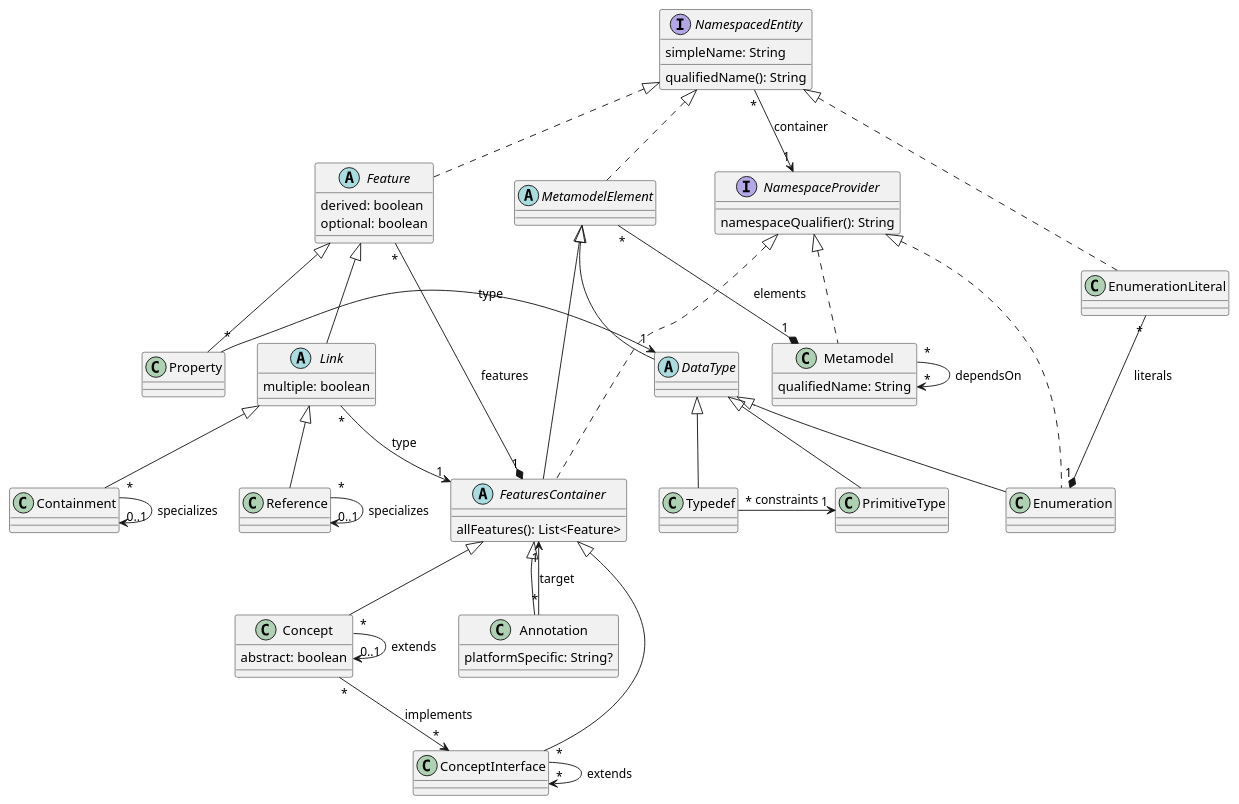
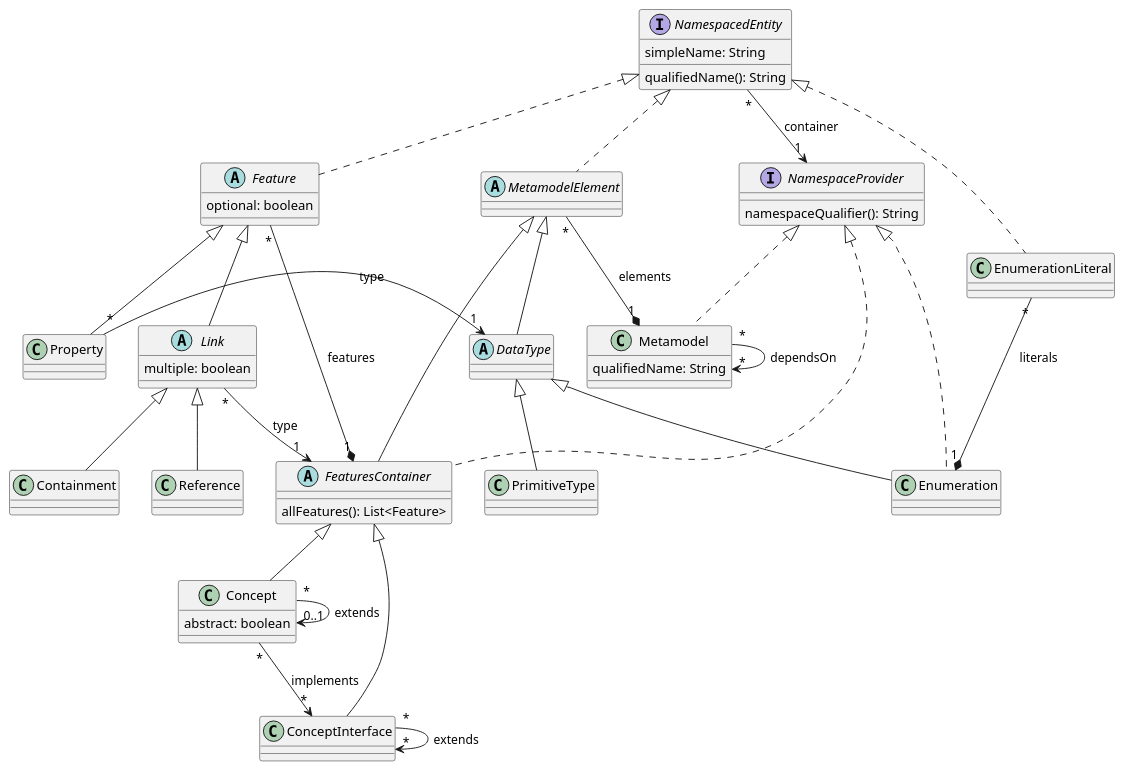
Before and after one commit to LionWeb-io/specification: the diagram in lioncore/metametamodel.puml, drawn with PlantUML.

Commit message:
commented all non-agreed elements in M3 diagram

```diff
--- a/lioncore/metametamodel.puml
+++ b/lioncore/metametamodel.puml
@@ -1,86 +1,86 @@
 @startuml
 
 
 interface NamespacedEntity {
   simpleName: String
   qualifiedName(): String
 }
 
 interface NamespaceProvider {
   namespaceQualifier(): String
 }
 
 class Metamodel implements NamespaceProvider {
   qualifiedName: String
 }
 
 abstract class MetamodelElement implements NamespacedEntity
 
 abstract class FeaturesContainer extends MetamodelElement implements NamespaceProvider {
   allFeatures(): List<Feature>
 }
 
-class Annotation extends FeaturesContainer {
-  platformSpecific: String?
-}
+'class Annotation extends FeaturesContainer {
+'  platformSpecific: String?
+'}
 
 class Concept extends FeaturesContainer {
   abstract: boolean
 }
 
 class ConceptInterface extends FeaturesContainer
 
 abstract class Feature implements NamespacedEntity {
-  derived: boolean
+'  derived: boolean
   optional: boolean
 }
 
 class Property extends Feature
 
-class Typedef extends DataType
+'class Typedef extends DataType
 
 abstract class DataType extends MetamodelElement
 
 class PrimitiveType extends DataType
 
 class Enumeration extends DataType implements NamespaceProvider
 
 class EnumerationLiteral implements NamespacedEntity
 
 abstract class Link extends Feature {
   multiple: boolean
 }
 
 class Containment extends Link
 
 class Reference extends Link
 
 ' relations:
 
-Annotation "*" --> "1" FeaturesContainer: target
+'Annotation "*" --> "1" FeaturesContainer: target
 
 Concept "*" -> "0..1" Concept: extends
 Concept "*" --> "*" ConceptInterface: implements
 
 ConceptInterface "*" --> "*" ConceptInterface: extends
 
-Containment "*" -> "0..1" Containment: specializes
+'Containment "*" -> "0..1" Containment: specializes
 
 Feature "*" -* "1" FeaturesContainer: features
 
 Link "*" --> "1" FeaturesContainer: type
 
 MetamodelElement "*" -* "1" Metamodel: elements
 Metamodel "*" --> "*" Metamodel: dependsOn
 
 NamespacedEntity "*" --> "1" NamespaceProvider: container
 
 Property "*" -> "1" DataType: type
 
-Reference "*" -> "0..1" Reference: specializes
+'Reference "*" -> "0..1" Reference: specializes
 
 EnumerationLiteral "*" -* "1" Enumeration : literals
 
-Typedef "*" -> "1" PrimitiveType: constraints
+'Typedef "*" -> "1" PrimitiveType: constraints
 
 @enduml
```
